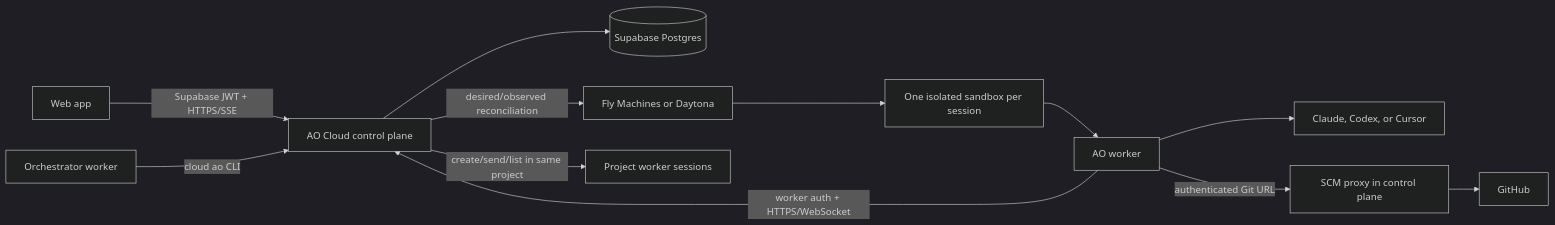
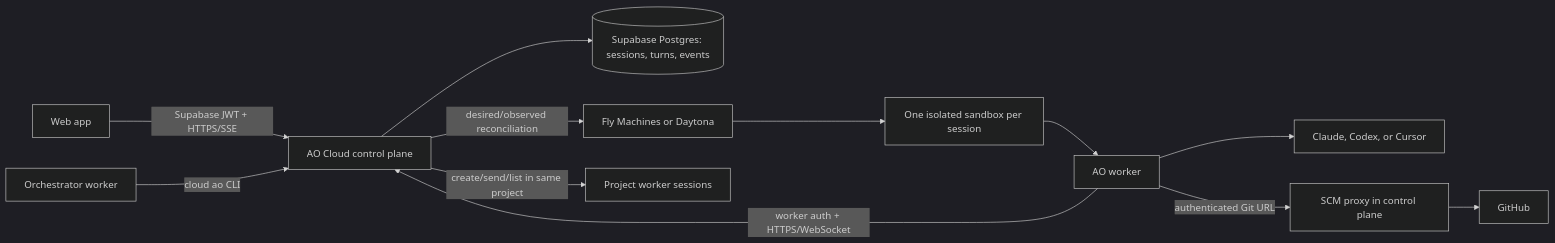
The diagram in ao-cloud/CURRENT_ARCHITECTURE.md (AgentWrapper/agent-orchestrator), drawn with Mermaid (dark theme) before and after one commit. The commit also changed other lines of this file and 16 other files, not shown here.

````diff
--- a/ao-cloud/CURRENT_ARCHITECTURE.md
+++ b/ao-cloud/CURRENT_ARCHITECTURE.md
@@ -9,14 +9,14 @@
 ```mermaid
 flowchart LR
     Web[Web app] -->|Supabase JWT + HTTPS/SSE| CP[AO Cloud control plane]
-    CP --> DB[(Supabase Postgres)]
+    CP --> DB[(Supabase Postgres: sessions, turns, events)]
     CP -->|desired/observed reconciliation| Provider[Fly Machines or Daytona]
     Provider --> VM[One isolated sandbox per session]
     VM --> Worker[AO worker]
     Worker -->|worker auth + HTTPS/WebSocket| CP
     Worker --> Agent[Claude, Codex, or Cursor]
     Worker -->|authenticated Git URL| Proxy[SCM proxy in control plane]
     Proxy --> GitHub[GitHub]
     Orchestrator[Orchestrator worker] -->|cloud ao CLI| CP
     CP -->|create/send/list in same project| Child[Project worker sessions]
 ```
````
